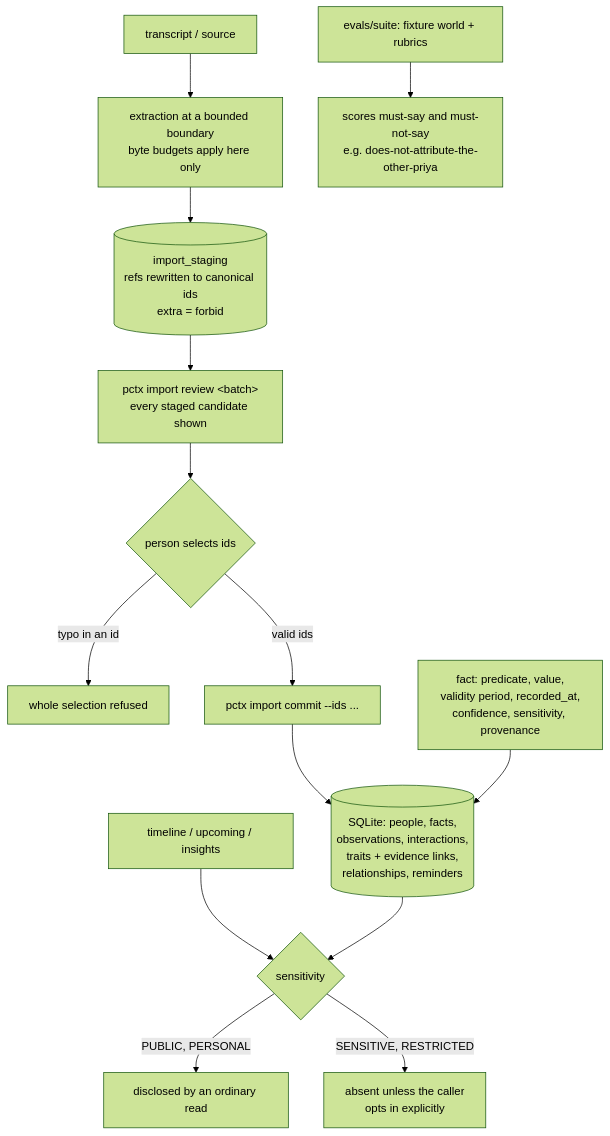
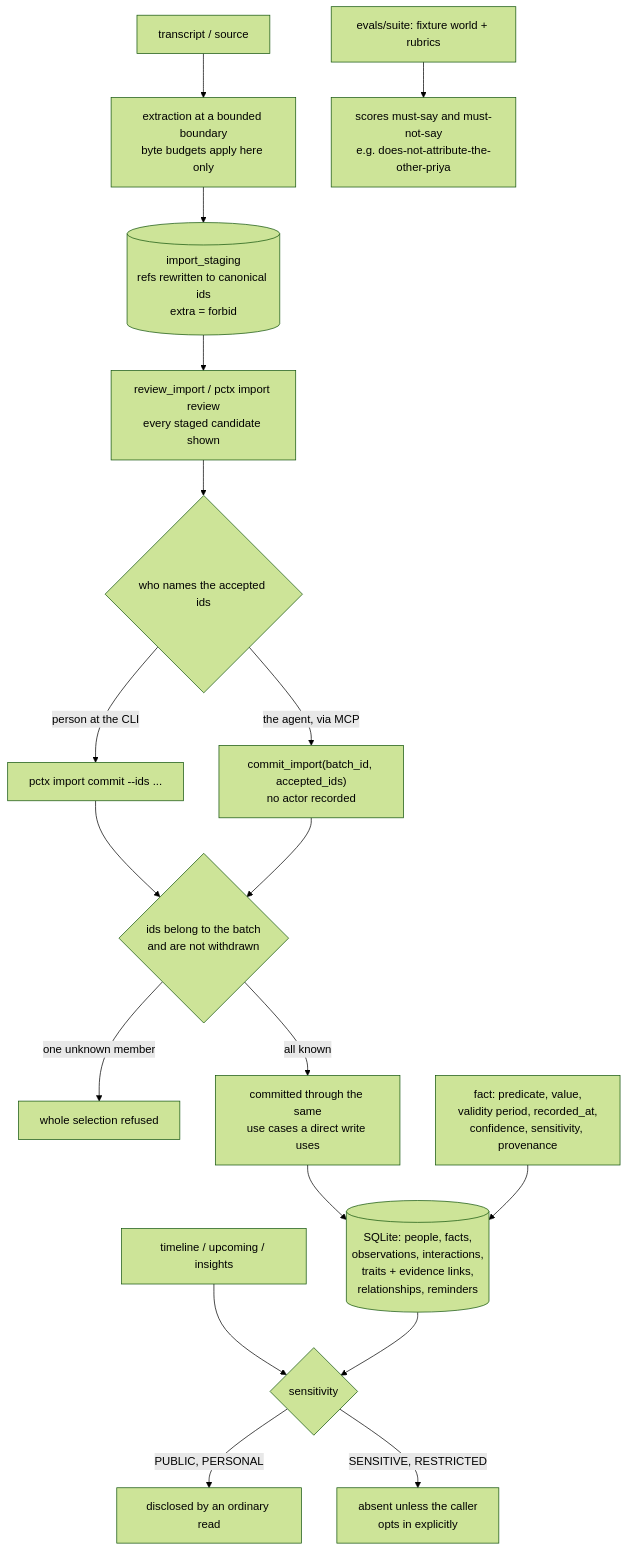
Before and after one commit to neoneye/agent-memory-atlas: the diagram in content/systems/people-context.md, drawn with Mermaid (forest theme). The commit also changed other lines of this file and 15 other files, not shown here.

````diff
--- a/content/systems/people-context.md
+++ b/content/systems/people-context.md
@@ -108,17 +125,21 @@
 ```mermaid
-%% caption: imports stage into durable review state and commit only by named id; ordinary reads disclose two of four sensitivity levels and the rest need an explicit opt-in
+%% caption: imports stage into durable review state and commit only by named id, but the commit verb is reachable from the agent's own MCP tools as well as the CLI; ordinary reads disclose two of four sensitivity levels and the rest need an explicit opt-in
 flowchart TB
     SRC["transcript / source"] --> EXTRACT["extraction at a bounded boundary<br/>byte budgets apply here only"]
     EXTRACT --> STAGE[("import_staging<br/>refs rewritten to canonical ids<br/>extra = forbid")]
-    STAGE --> REVIEW["pctx import review &lt;batch&gt;<br/>every staged candidate shown"]
-    REVIEW --> PERSON{"person selects ids"}
-    PERSON -->|"typo in an id"| REFUSE["whole selection refused"]
-    PERSON -->|"valid ids"| COMMIT["pctx import commit --ids ..."]
+    STAGE --> REVIEW["review_import / pctx import review<br/>every staged candidate shown"]
+    REVIEW --> WHO{"who names the accepted ids"}
+    WHO -->|"person at the CLI"| SELECT["pctx import commit --ids ..."]
+    WHO -->|"the agent, via MCP"| SELECT2["commit_import(batch_id, accepted_ids)<br/>no actor recorded"]
+    SELECT --> CHECK{"ids belong to the batch<br/>and are not withdrawn"}
+    SELECT2 --> CHECK
+    CHECK -->|"one unknown member"| REFUSE["whole selection refused"]
+    CHECK -->|"all known"| COMMIT["committed through the same<br/>use cases a direct write uses"]
     COMMIT --> STORE[("SQLite: people, facts,<br/>observations, interactions,<br/>traits + evidence links,<br/>relationships, reminders")]
     FACT["fact: predicate, value,<br/>validity period, recorded_at,<br/>confidence, sensitivity, provenance"] --> STORE
     READ["timeline / upcoming / insights"] --> SENS{"sensitivity"}
     STORE --> SENS
     SENS -->|"PUBLIC, PERSONAL"| SHOW["disclosed by an ordinary read"]
     SENS -->|"SENSITIVE, RESTRICTED"| HIDE["absent unless the caller<br/>opts in explicitly"]
     EVAL["evals/suite: fixture world + rubrics"] --> MUSTNOT["scores must-say and must-not-say<br/>e.g. does-not-attribute-the-other-priya"]
 ```
````
